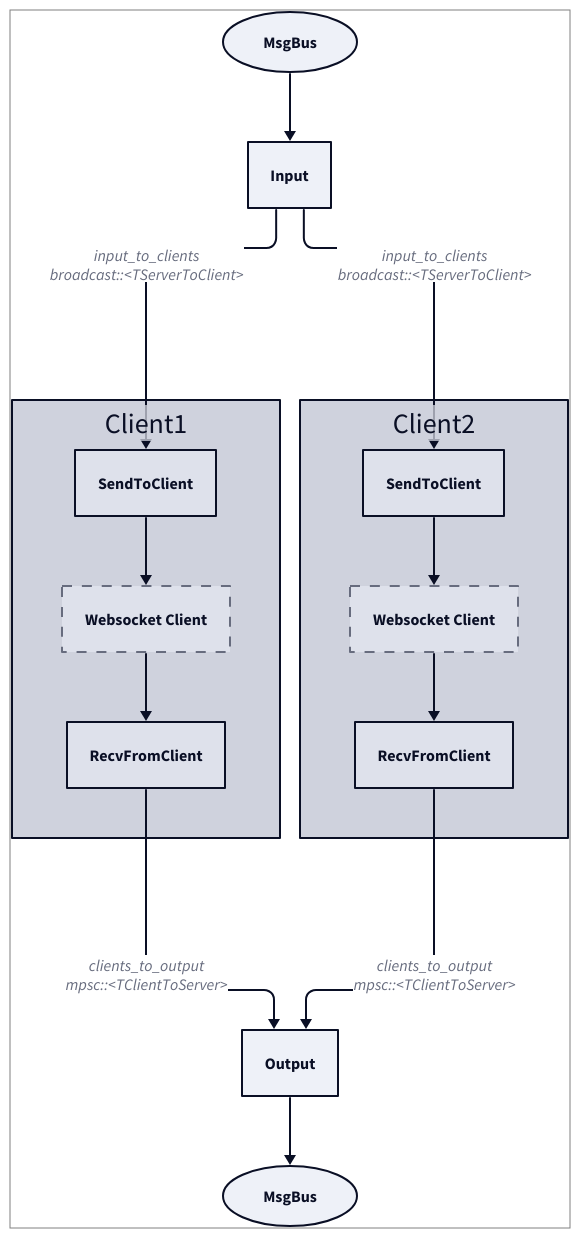
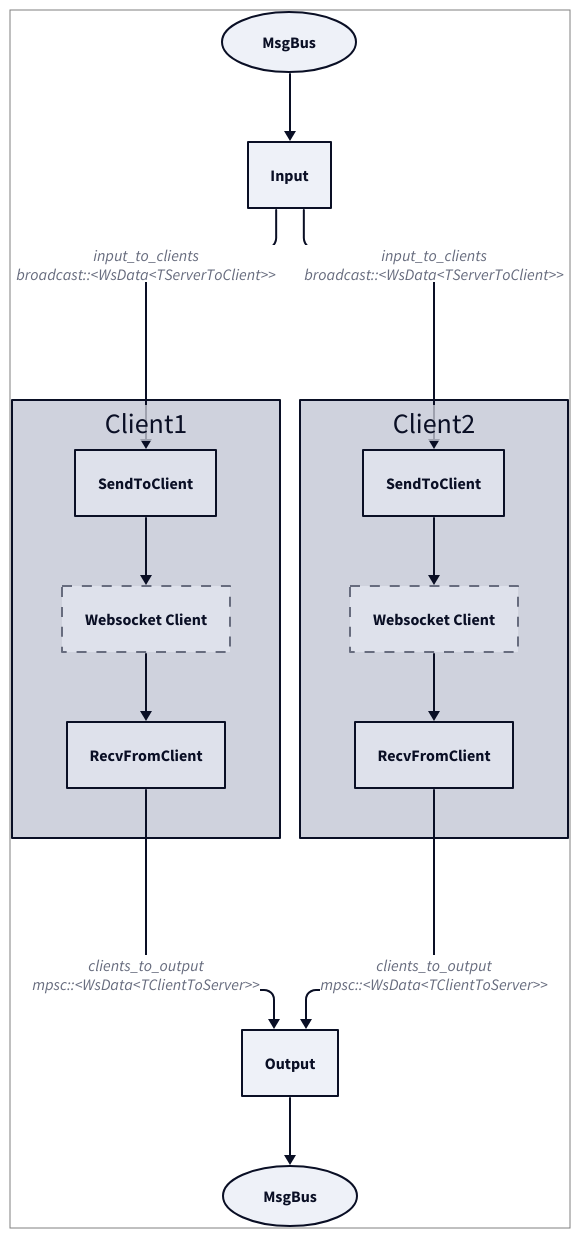
The diagram in doc/images/component_structure/cmp_websocket_server.d2 (Konstantin-Dudersky/rsiot), drawn with D2 before and after one commit. The commit also changed 15 other files, not shown here.

```diff
--- a/doc/images/component_structure/cmp_websocket_server.d2
+++ b/doc/images/component_structure/cmp_websocket_server.d2
@@ -1,53 +1,53 @@
 vars: {
   d2-config: {
     layout-engine: elk
     theme-id: 1
   }
 }
 
 style {
     stroke-width: 1
     stroke: gray
 }
 
 MsgBusIn: MsgBus {
     shape: oval
 }
 MsgBusIn -> Input
 
 Input
-Input -> Client1.SendToClient: "input_to_clients\nbroadcast::<TServerToClient>"
-Input -> Client2.SendToClient: "input_to_clients\nbroadcast::<TServerToClient>"
+Input -> Client1.SendToClient: "input_to_clients\nbroadcast::<WsData<TServerToClient>>"
+Input -> Client2.SendToClient: "input_to_clients\nbroadcast::<WsData<TServerToClient>>"
 
 Client1 {
     SendToClient
     SendToClient -> Websocket
 
     Websocket: "Websocket Client" {
         style.stroke-dash: 5
     }
     Websocket -> RecvFromClient
 
     RecvFromClient
 }
-Client1.RecvFromClient -> Output: "clients_to_output\nmpsc::<TClientToServer>"
+Client1.RecvFromClient -> Output: "clients_to_output\nmpsc::<WsData<TClientToServer>>"
 
 Client2 {
     SendToClient
     SendToClient -> Websocket
 
     Websocket: "Websocket Client" {
         style.stroke-dash: 5
     }
     Websocket -> RecvFromClient
 
     RecvFromClient
 }
-Client2.RecvFromClient -> Output: "clients_to_output\nmpsc::<TClientToServer>"
+Client2.RecvFromClient -> Output: "clients_to_output\nmpsc::<WsData<TClientToServer>>"
 
 Output
 Output -> MsgBusOut
 
 MsgBusOut: MsgBus {
     shape: oval
 }
```
